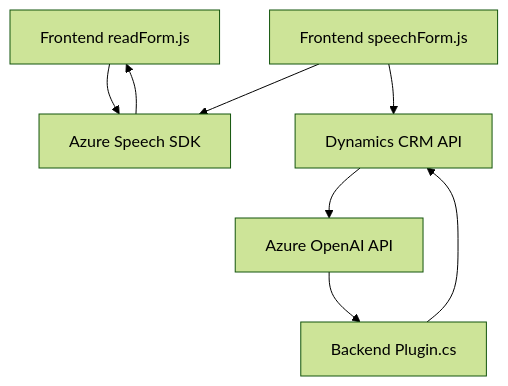
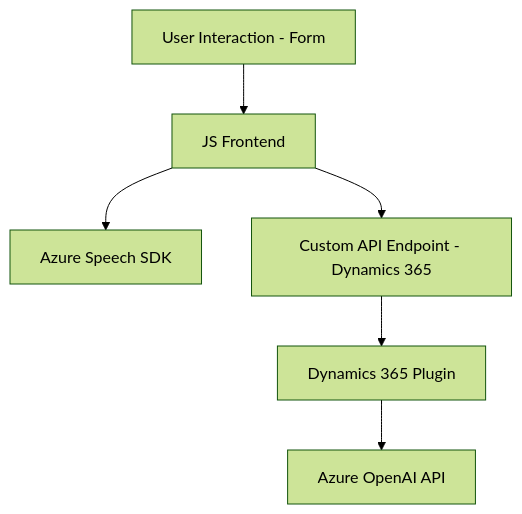
Before and after one commit to blopezdm/NETCORE_BILBAO2025: the diagram in README.md, drawn with Mermaid (forest theme). The commit also changed other lines of this file, not shown here.

````diff
--- a/README.md
+++ b/README.md
@@ -29,17 +31,8 @@
 ```mermaid
 graph TD
-    A["Frontend readForm.js"]
-    B["Frontend speechForm.js"]
-    C["Azure Speech SDK"]
-    D["Backend Plugin.cs"]
-    E["Azure OpenAI API"]
-    F["Dynamics CRM API"]
-    
-    A --> C
-    B --> C
-    C --> A
-    B --> F
-    F --> E
-    D --> F
-    E --> D
+  A["User Interaction - Form"] --> B["JS Frontend"]
+  B --> C["Azure Speech SDK"]
+  B --> D["Custom API Endpoint - Dynamics 365"]
+  D --> E["Dynamics 365 Plugin"]
+  E --> F["Azure OpenAI API"]
 ```
````
